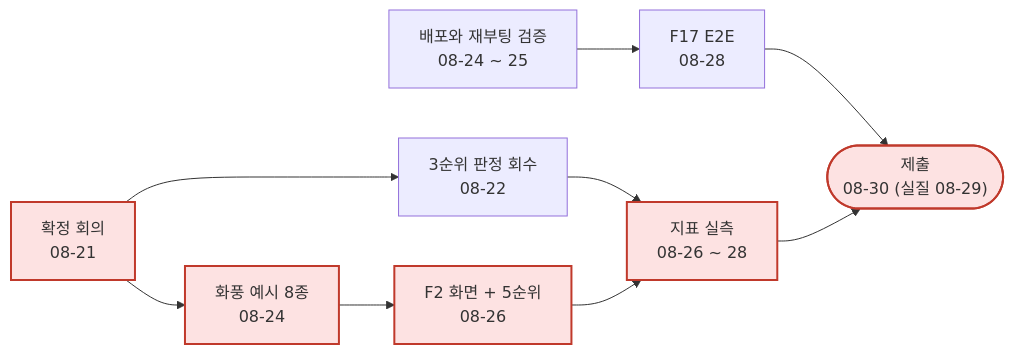
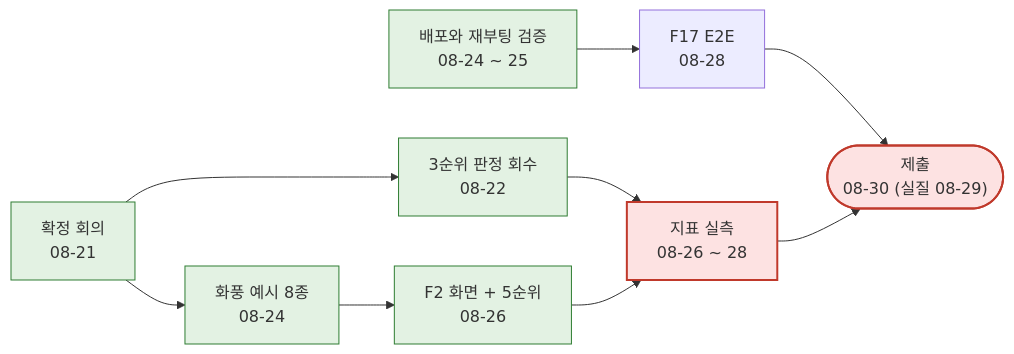
Before and after one commit to Codeit-AI10-Part4-3Team/AI10-Part4-3Team-Advanced-Project: the second of 2 diagrams in docs/역할_일정/00-overall.md, drawn with Mermaid. The commit also changed other lines of this file, not shown here.

````diff
--- a/docs/역할_일정/00-overall.md
+++ b/docs/역할_일정/00-overall.md
@@ -284,19 +284,21 @@
 ```mermaid
 flowchart LR
     MEET["확정 회의<br/>08-21"]
     V3["3순위 판정 회수<br/>08-22"]
     STYLES["화풍 예시 8종<br/>08-24"]
     F2V5["F2 화면 + 5순위<br/>08-26"]
     DEPLOY["배포와 재부팅 검증<br/>08-24 ~ 25"]
     MEASURE["지표 실측<br/>08-26 ~ 28"]
     E2E["F17 E2E<br/>08-28"]
     SUBMIT(["제출<br/>08-30 (실질 08-29)"])
 
     MEET --> V3 --> MEASURE
     MEET --> STYLES --> F2V5 --> MEASURE
     DEPLOY --> E2E --> SUBMIT
     MEASURE --> SUBMIT
 
     classDef crit fill:#fde2e2,stroke:#c0392b,stroke-width:2px
-    class MEET,STYLES,F2V5,MEASURE,SUBMIT crit
+    classDef done fill:#e3f2e3,stroke:#2e7d32,stroke-width:1px
+    class MEASURE,SUBMIT crit
+    class MEET,V3,STYLES,F2V5,DEPLOY done
 ```
````
